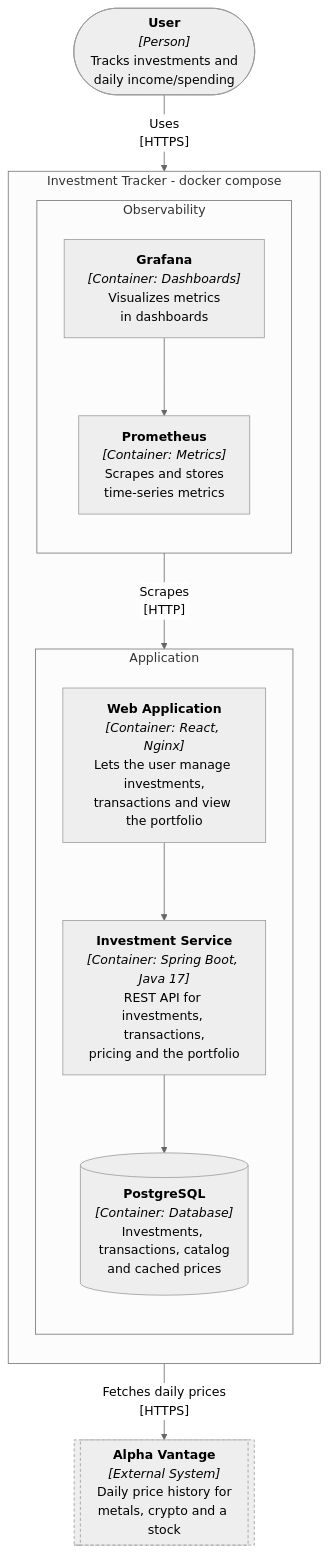
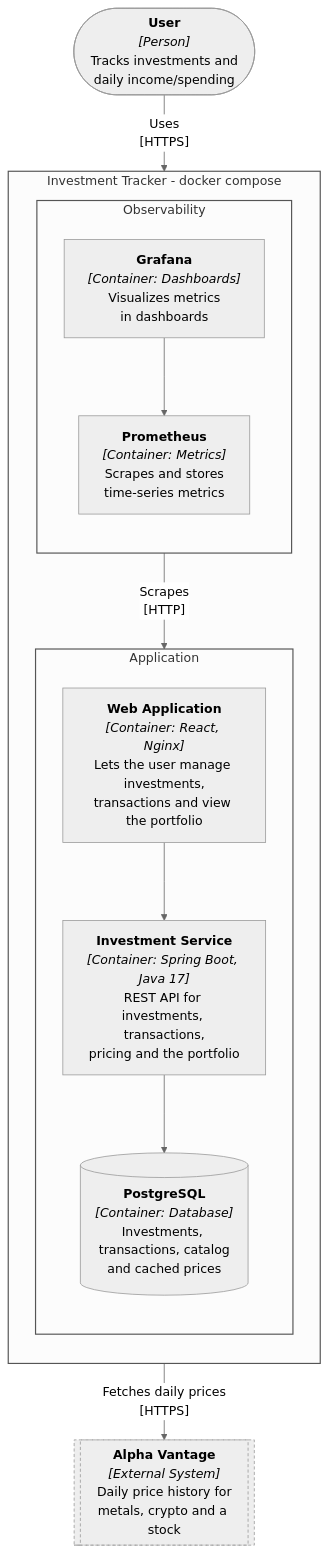
The first of 2 diagrams in README.md (ahmet-cskn/investment-tracker), drawn with Mermaid before and after one commit. The commit also changed other lines of this file and 1 other file, not shown here.

````diff
--- a/README.md
+++ b/README.md
@@ -16,32 +38,36 @@
 ```mermaid
-%%{init: {'theme': 'neutral', 'flowchart': {'curve': 'stepAfter'}}}%%
+%%{init: {'theme': 'neutral', 'themeVariables': {'clusterBorder': '#666666'}, 'flowchart': {'curve': 'stepAfter'}}}%%
 flowchart TB
     user(["<b>User</b><br/><i>[Person]</i><br/>Tracks investments and<br/>daily income/spending"])
 
     subgraph system["Investment Tracker - docker compose"]
         direction TB
         subgraph app["Application"]
             direction TB
             frontend["<b>Web Application</b><br/><i>[Container: React, Nginx]</i><br/>Lets the user manage investments,<br/>transactions and view the portfolio"]
             backend["<b>Investment Service</b><br/><i>[Container: Spring Boot, Java 17]</i><br/>REST API for investments, transactions,<br/>pricing and the portfolio"]
             db[("<b>PostgreSQL</b><br/><i>[Container: Database]</i><br/>Investments, transactions, catalog<br/>and cached prices")]
             frontend --> backend
             backend --> db
         end
         subgraph observability["Observability"]
             direction TB
             prometheus["<b>Prometheus</b><br/><i>[Container: Metrics]</i><br/>Scrapes and stores<br/>time-series metrics"]
             grafana["<b>Grafana</b><br/><i>[Container: Dashboards]</i><br/>Visualizes metrics<br/>in dashboards"]
             grafana --> prometheus
         end
     end
 
     avapi[["<b>Alpha Vantage</b><br/><i>[External System]</i><br/>Daily price history for<br/>metals, crypto and a stock"]]
 
     user -->|"Uses<br/>[HTTPS]"| frontend
     backend -->|"Fetches daily prices<br/>[HTTPS]"| avapi
     prometheus -->|"Scrapes<br/>[HTTP]"| backend
 
+    style system stroke:#555555,stroke-width:1.5px
+    style app stroke:#555555,stroke-width:1.5px
+    style observability stroke:#555555,stroke-width:1.5px
+
     classDef external stroke-dasharray: 4 3
     class avapi external
 ```
````
